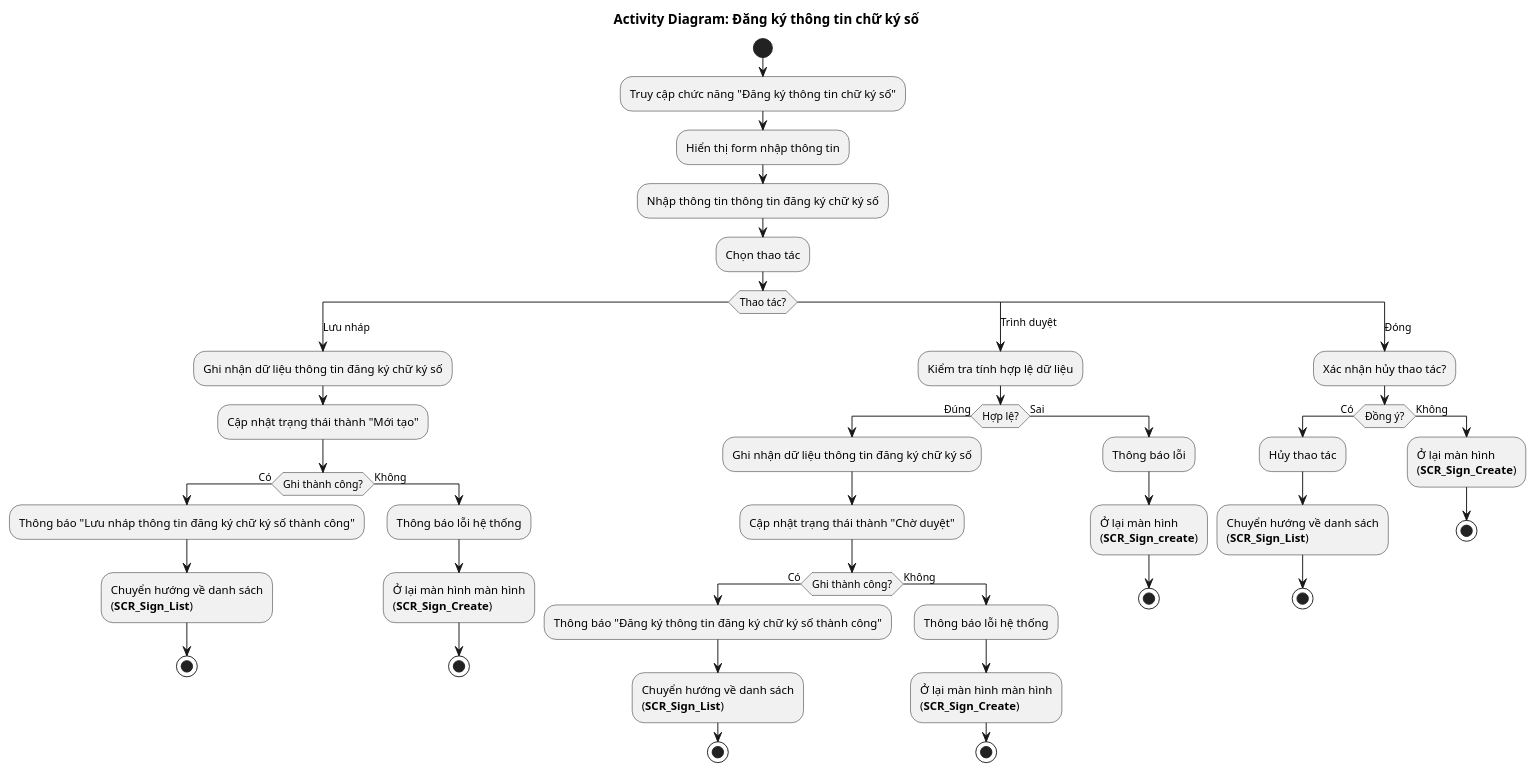
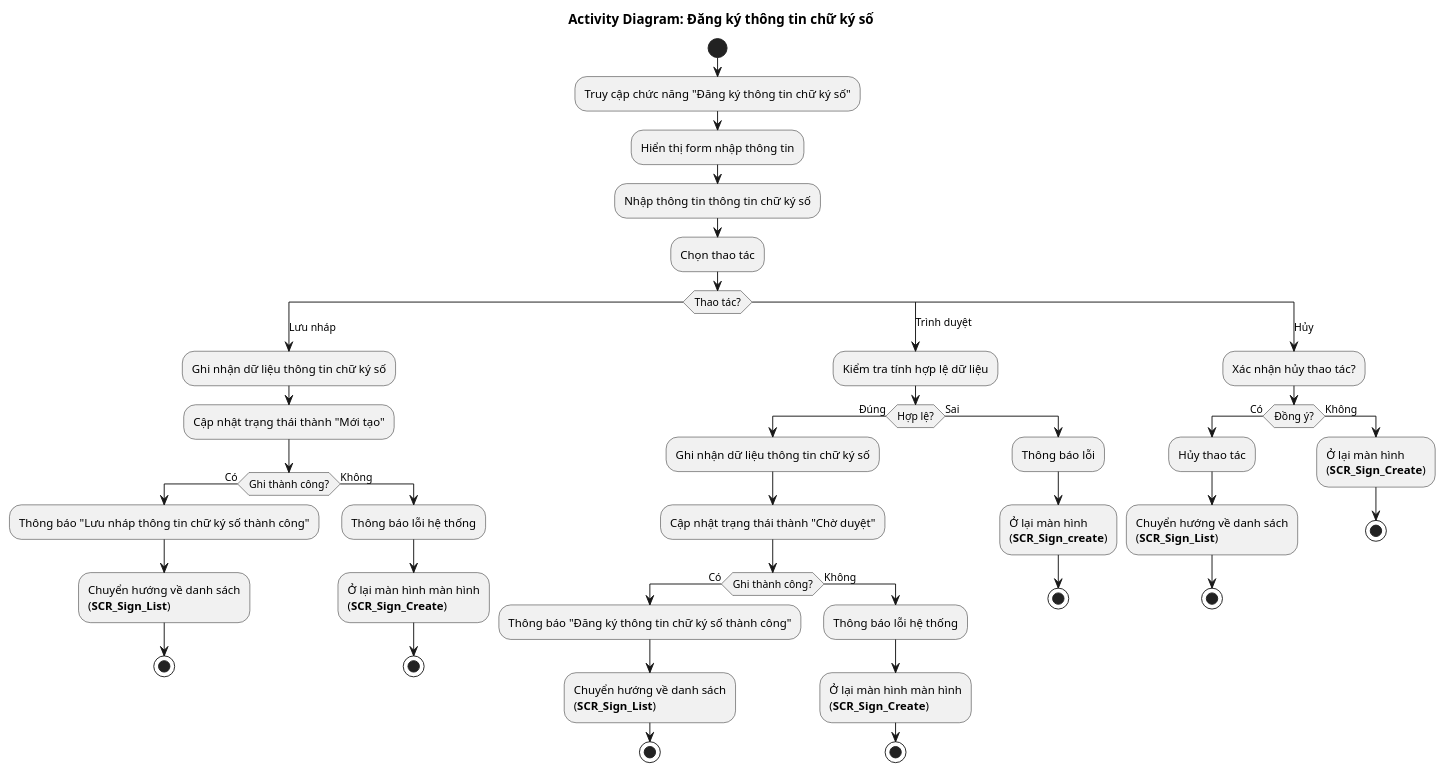
One commit to phuongpm23/nds-docs-test changed the diagram in ba/[NDS-E-00056] Quản lý chữ ký số/4.usecases/[NDS-U-00060] DangKy/AD_Sign_Create.puml. Above: the diagram before and after it, drawn with PlantUML. The commit also changed 39 other files, not shown here.

```diff
--- a/ba/[NDS-E-00056] Quản lý chữ ký số/4.usecases/[NDS-U-00060] DangKy/AD_Sign_Create.puml
+++ b/ba/[NDS-E-00056] Quản lý chữ ký số/4.usecases/[NDS-U-00060] DangKy/AD_Sign_Create.puml
@@ -1,52 +1,52 @@
 @startuml AD_Sign_Create
 !pragma layout smetana
 title Activity Diagram: Đăng ký thông tin chữ ký số
 start
 :Truy cập chức năng "Đăng ký thông tin chữ ký số";
 :Hiển thị form nhập thông tin;
-:Nhập thông tin thông tin đăng ký chữ ký số;
+:Nhập thông tin thông tin chữ ký số;
   :Chọn thao tác;
   switch (Thao tác?)
     case (Lưu nháp)
-      :Ghi nhận dữ liệu thông tin đăng ký chữ ký số;
+      :Ghi nhận dữ liệu thông tin chữ ký số;
       :Cập nhật trạng thái thành "Mới tạo";
       if (Ghi thành công?) then (Có)
-        :Thông báo "Lưu nháp thông tin đăng ký chữ ký số thành công";
+        :Thông báo "Lưu nháp thông tin chữ ký số thành công";
         :Chuyển hướng về danh sách\n(**SCR_Sign_List**);
         stop
       else (Không)
         :Thông báo lỗi hệ thống;
         :Ở lại màn hình màn hình\n(**SCR_Sign_Create**);
         stop
       endif
     case (Trình duyệt)
       :Kiểm tra tính hợp lệ dữ liệu;
       if (Hợp lệ?) then (Đúng)
-        :Ghi nhận dữ liệu thông tin đăng ký chữ ký số;
+        :Ghi nhận dữ liệu thông tin chữ ký số;
         :Cập nhật trạng thái thành "Chờ duyệt";
           if (Ghi thành công?) then (Có)
-            :Thông báo "Đăng ký thông tin đăng ký chữ ký số thành công";
+            :Thông báo "Đăng ký thông tin chữ ký số thành công";
             :Chuyển hướng về danh sách\n(**SCR_Sign_List**);
             stop
           else (Không)
             :Thông báo lỗi hệ thống;
             :Ở lại màn hình màn hình\n(**SCR_Sign_Create**);
             stop
           endif
       else (Sai)
         :Thông báo lỗi;
         :Ở lại màn hình\n(**SCR_Sign_create**);
         stop
       endif
-    case (Đóng)
+    case (Hủy)
       :Xác nhận hủy thao tác?;
       if (Đồng ý?) then (Có)
         :Hủy thao tác;
         :Chuyển hướng về danh sách\n(**SCR_Sign_List**);
         stop
       else (Không)
         :Ở lại màn hình\n(**SCR_Sign_Create**);
         stop
       endif
   endswitch
 @enduml
```
